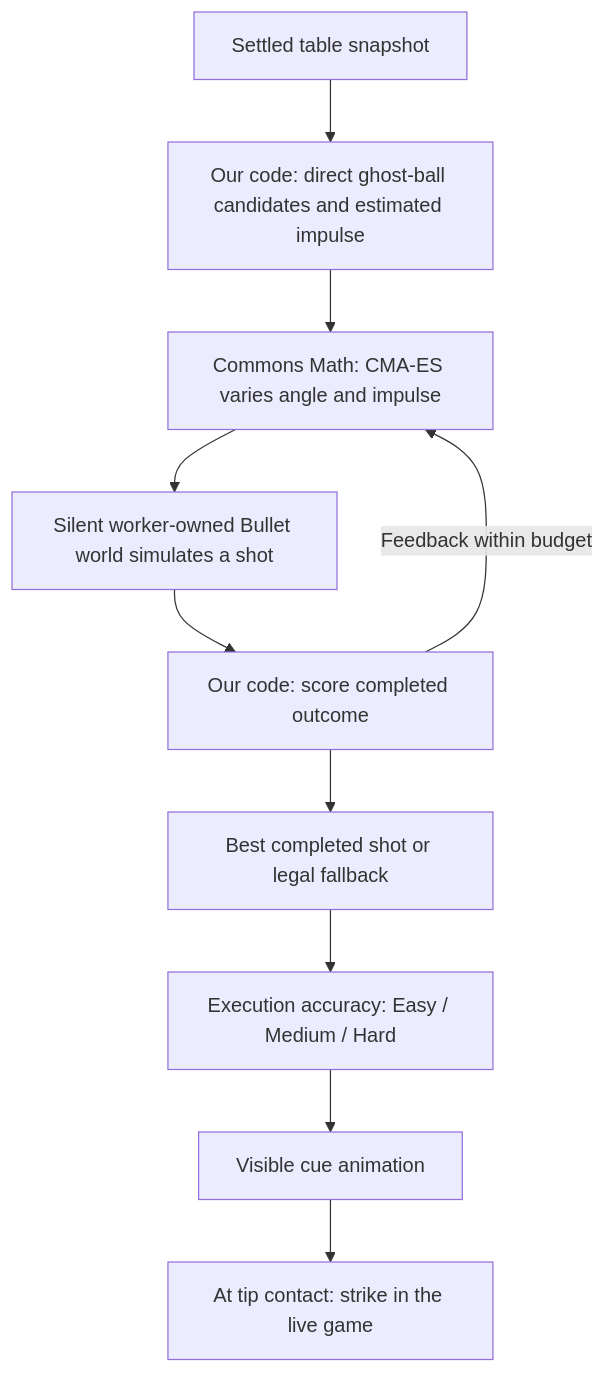
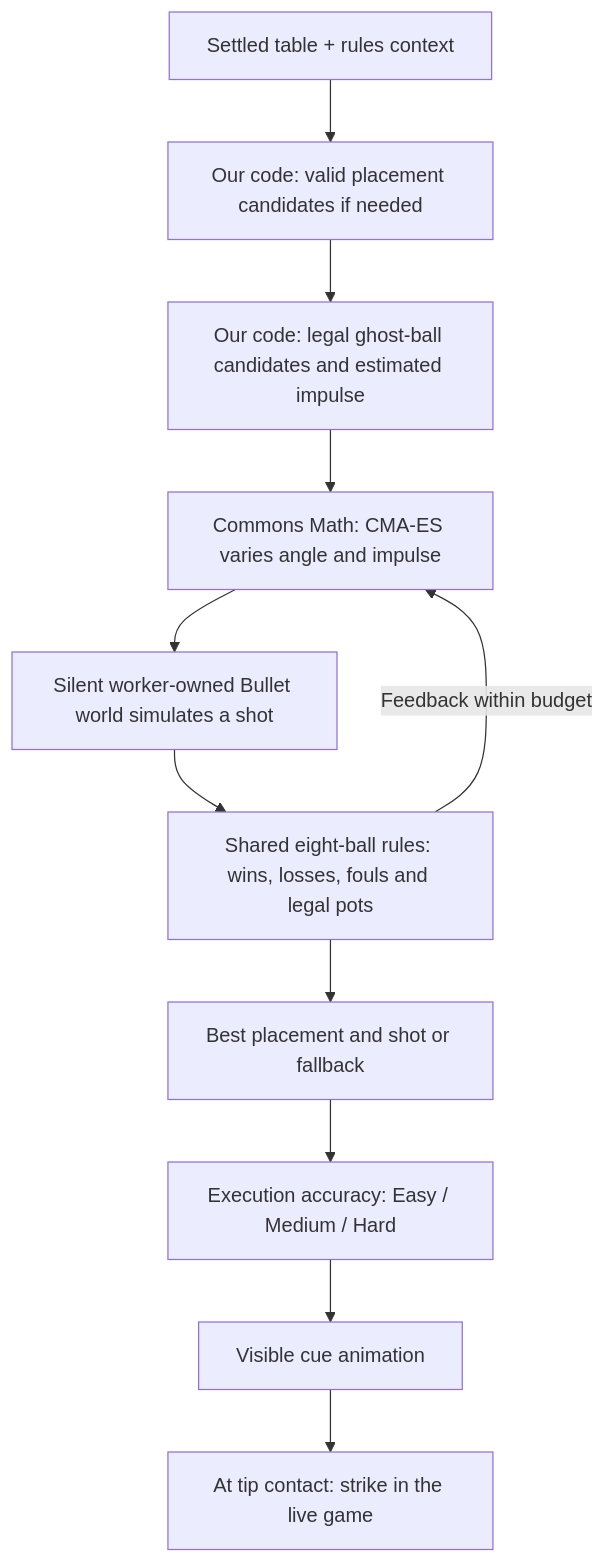
Before and after one commit to ffeltrinelli/pool-android: the first of 2 diagrams in README.md, drawn with Mermaid. The commit also changed other lines of this file and 58 other files, not shown here.

First line of the commit message:
Add simplified WPA eight-ball rules and cue-ball placement (#13)

````diff
--- a/README.md
+++ b/README.md
@@ -170,12 +193,13 @@
 ```mermaid
 flowchart TD
-    A[Settled table snapshot] --> B[Our code: direct ghost-ball candidates and estimated impulse]
+    A[Settled table + rules context] --> P[Our code: valid placement candidates if needed]
+    P --> B[Our code: legal ghost-ball candidates and estimated impulse]
     B --> C[Commons Math: CMA-ES varies angle and impulse]
     C --> D[Silent worker-owned Bullet world simulates a shot]
-    D --> E[Our code: score completed outcome]
+    D --> E[Shared eight-ball rules: wins, losses, fouls and legal pots]
     E -->|Feedback within budget| C
-    E --> F[Best completed shot or legal fallback]
+    E --> F[Best placement and shot or fallback]
     F --> G[Execution accuracy: Easy / Medium / Hard]
     G --> H[Visible cue animation]
     H --> I[At tip contact: strike in the live game]
 ```
````
